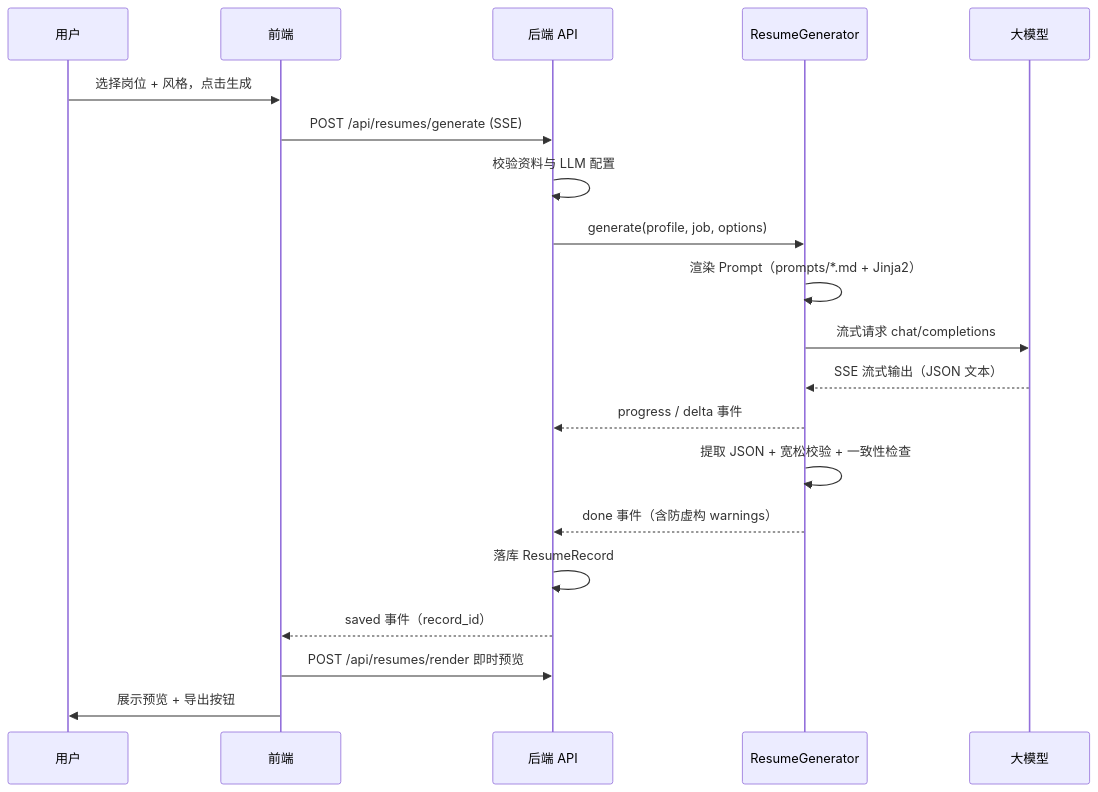
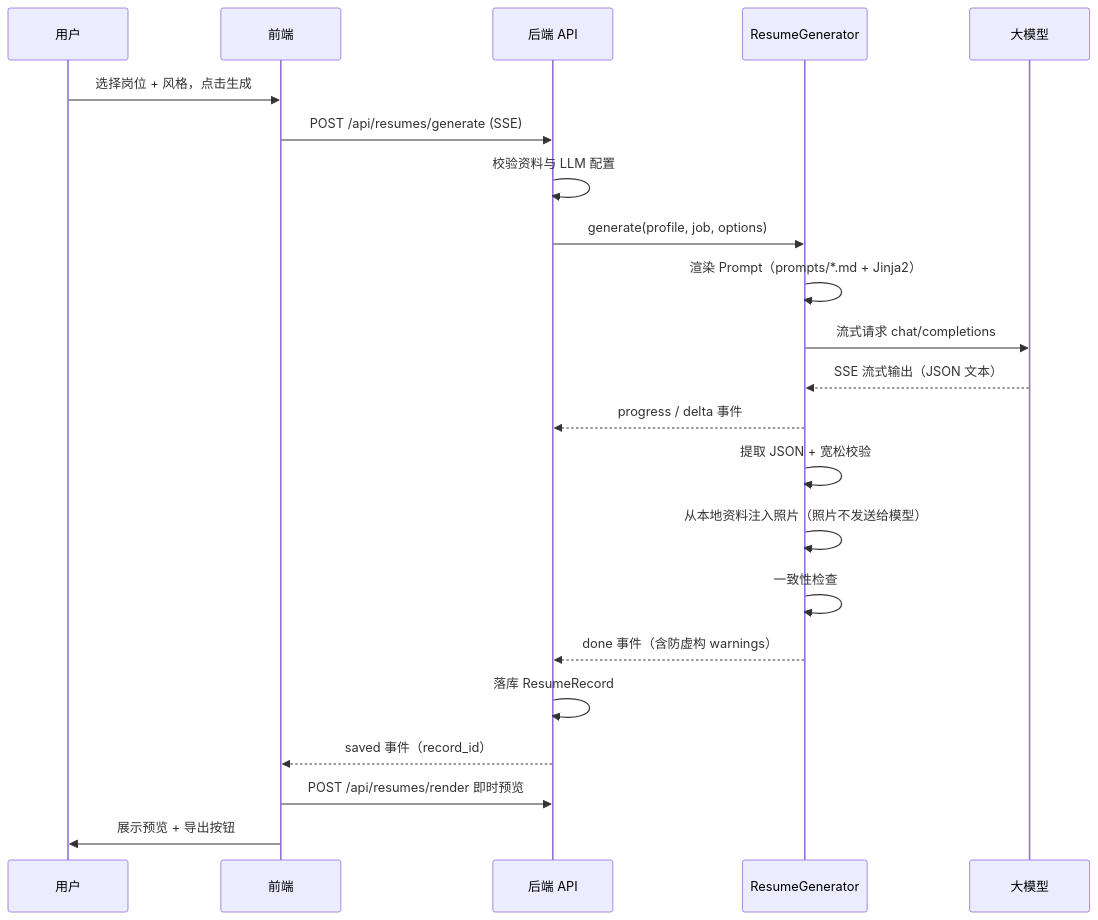
Before and after one commit to magicapple123/ResumeForge: the second of 2 diagrams in docs/architecture.md, drawn with Mermaid. The commit also changed other lines of this file and 32 other files, not shown here.

````diff
--- a/docs/architecture.md
+++ b/docs/architecture.md
@@ -55,23 +63,25 @@
 ```mermaid
 sequenceDiagram
     participant U as 用户
     participant F as 前端
     participant B as 后端 API
     participant G as ResumeGenerator
     participant L as 大模型
 
     U->>F: 选择岗位 + 风格，点击生成
     F->>B: POST /api/resumes/generate (SSE)
     B->>B: 校验资料与 LLM 配置
     B->>G: generate(profile, job, options)
     G->>G: 渲染 Prompt（prompts/*.md + Jinja2）
     G->>L: 流式请求 chat/completions
     L-->>G: SSE 流式输出（JSON 文本）
     G-->>B: progress / delta 事件
-    G->>G: 提取 JSON + 宽松校验 + 一致性检查
+    G->>G: 提取 JSON + 宽松校验
+    G->>G: 从本地资料注入照片（照片不发送给模型）
+    G->>G: 一致性检查
     G-->>B: done 事件（含防虚构 warnings）
     B->>B: 落库 ResumeRecord
     B-->>F: saved 事件（record_id）
     F->>B: POST /api/resumes/render 即时预览
     F->>U: 展示预览 + 导出按钮
 ```
````
